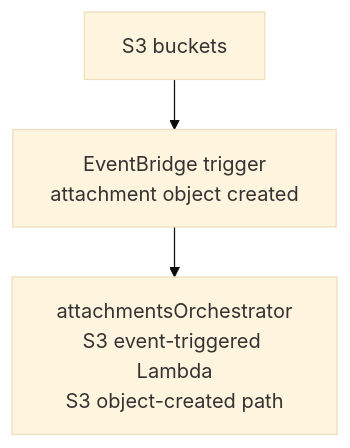
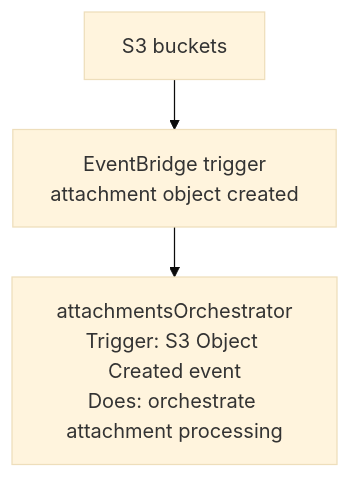
Diagram 13 of 16 in docs/architecture.md (6529-Collections/6529seize-backend), drawn with Mermaid (base theme) before and after one commit. The commit also changed other lines of this file, not shown here.

````diff
--- a/docs/architecture.md
+++ b/docs/architecture.md
@@ -200,6 +200,6 @@
 ```mermaid
 %%{init: {"flowchart": {"nodeSpacing": 24, "rankSpacing": 40, "curve": "basis"}} }%%
 flowchart TD
   S3["S3 buckets"] --> AttachmentObjectCreatedRule["EventBridge trigger<br/>attachment object created"]
-  AttachmentObjectCreatedRule --> AttachmentsOrchestrator["attachmentsOrchestrator<br/>S3 event-triggered Lambda<br/>S3 object-created path"]
+  AttachmentObjectCreatedRule --> AttachmentsOrchestrator["attachmentsOrchestrator<br/>Trigger: S3 Object Created event<br/>Does: orchestrate attachment processing"]
 ```
````
